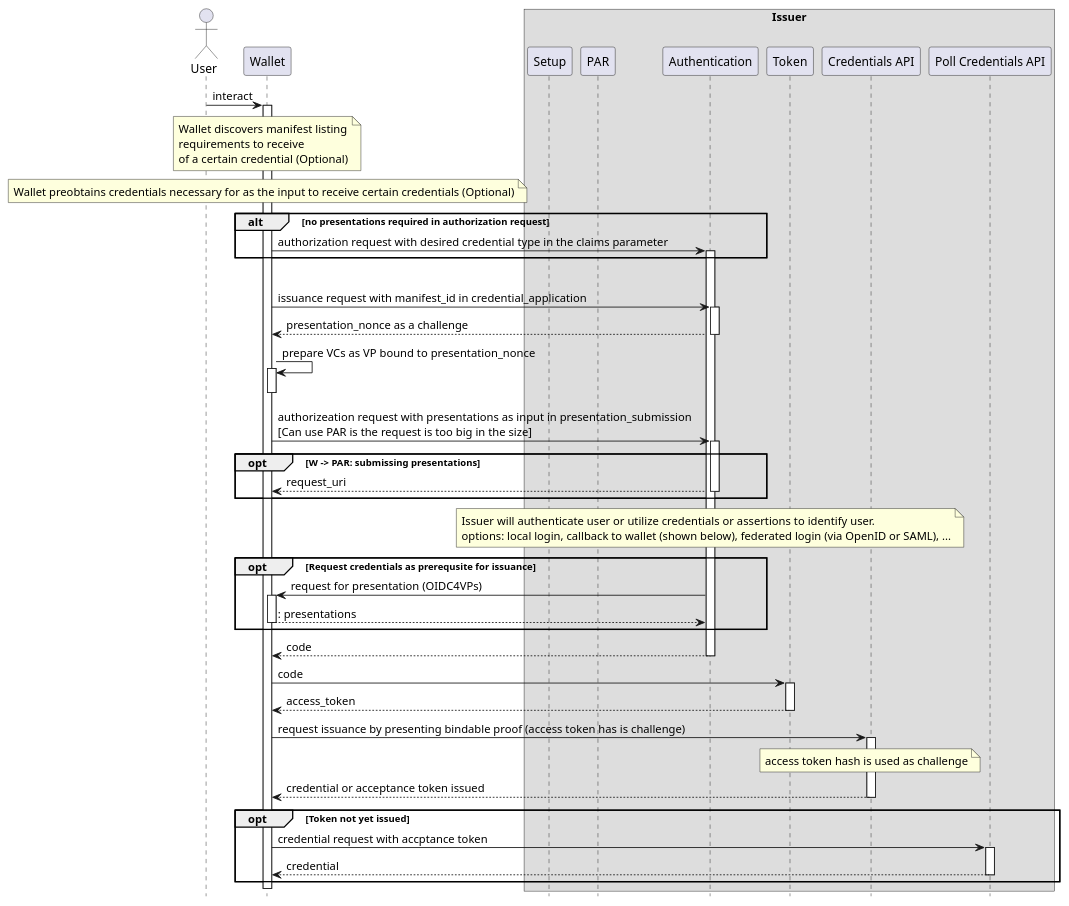
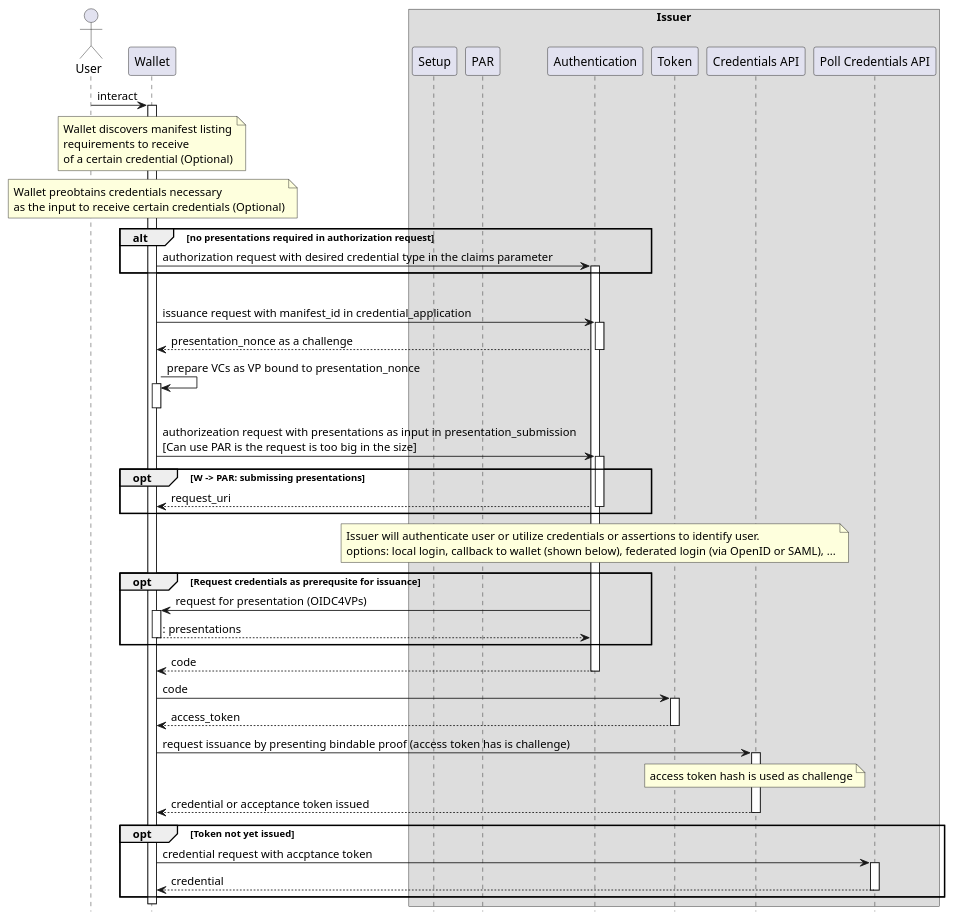
Before and after one commit to tlodderstedt/openid-connect-4-credential-issuance: the diagram in overview.puml, drawn with PlantUML.

Commit message:
add line break

```diff
--- a/overview.puml
+++ b/overview.puml
@@ -1,60 +1,60 @@
 @startuml
 
 actor User as U
 participant Wallet as W
 box Issuer
 participant "Setup" as Setup
 participant "PAR" as PAR
 participant "Authentication" as AS
 participant "Token" as T
 participant "Credentials API" as P
 participant "Poll Credentials API" as I
 end box
 autoactivate on
 hide footbox
 
 U -> W: interact
 note over W: Wallet discovers manifest listing\nrequirements to receive\nof a certain credential (Optional)
-note over W: Wallet preobtains credentials necessary for as the input to receive certain credentials (Optional)
+note over W: Wallet preobtains credentials necessary\nas the input to receive certain credentials (Optional)
 
 alt no presentations required in authorization request
 W -> AS: authorization request with desired credential type in the claims parameter
 end
 
 alt presentations required in authorization request
 W -> AS: issuance request with manifest_id in credential_application
 return presentation_nonce as a challenge
 
 W -> W: prepare VCs as VP bound to presentation_nonce
 deactivate W
 
 W -> AS: authorizeation request with presentations as input in presentation_submission\n[Can use PAR is the request is too big in the size]
 
 opt W -> PAR: submissing presentations
 return request_uri
 end
 
 note over AS: Issuer will authenticate user or utilize credentials or assertions to identify user. \noptions: local login, callback to wallet (shown below), federated login (via OpenID or SAML), ...
 
 opt Request credentials as prerequsite for issuance
 AS -> W: request for presentation (OIDC4VPs)
 return: presentations
 end opt
 
 return code
 
 W -> T: code
 return access_token
 
 W->P: request issuance by presenting bindable proof (access token has is challenge)
 
 note over P: access token hash is used as challenge
 
 return credential or acceptance token issued
 opt Token not yet issued
 
 W->I: credential request with accptance token
 return credential
 end opt
 
 @enduml
```
